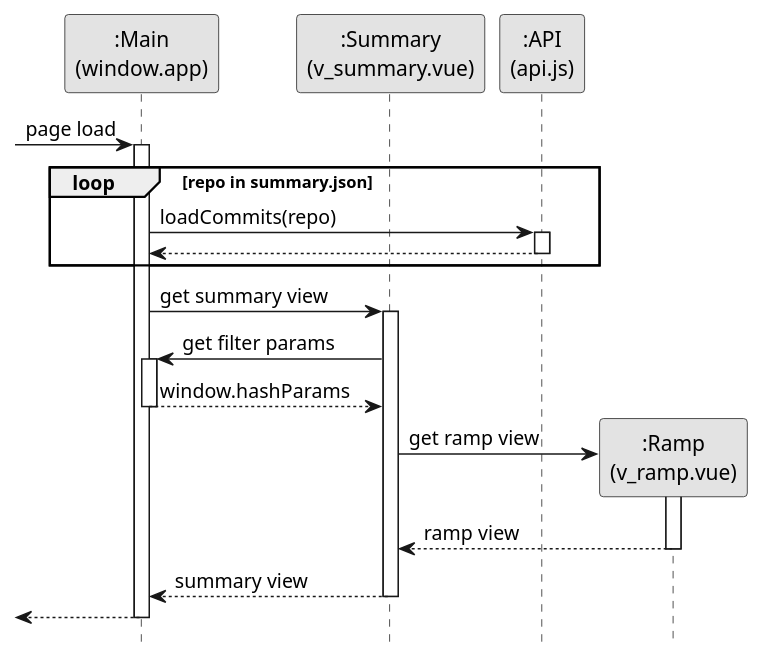
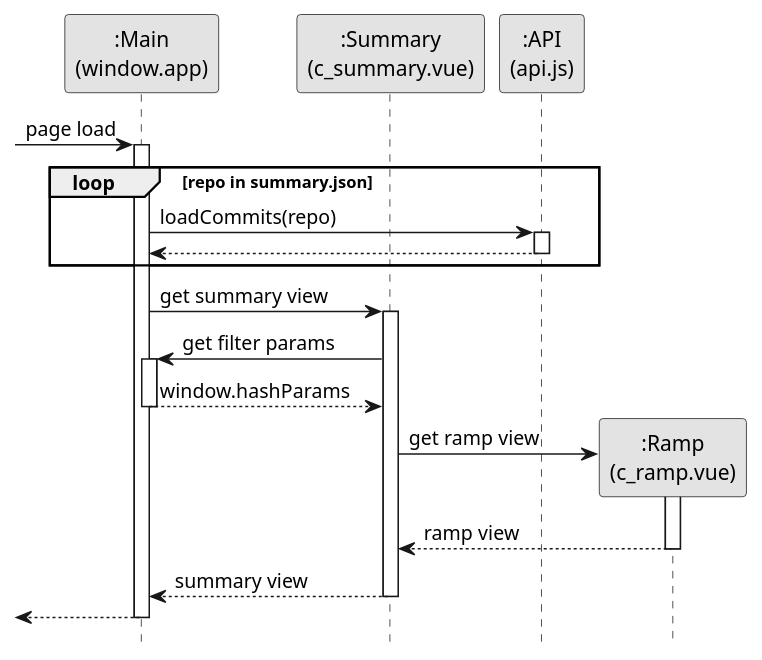
Before and after one commit to reposense/RepoSense: the diagram in docs/diagrams/ReportArchitectureSummary.puml, drawn with PlantUML. The commit also changed 3 other files, not shown here.

Commit message:
Update architecture diagrams

```diff
--- a/docs/diagrams/ReportArchitectureSummary.puml
+++ b/docs/diagrams/ReportArchitectureSummary.puml
@@ -1,45 +1,45 @@
 @startuml
 hide footbox
 skinparam monochrome true
 skinparam Shadowing false
 
 Participant ":Main\n(window.app)" as main
-Participant ":Summary\n(v_summary.vue)" as summary
+Participant ":Summary\n(c_summary.vue)" as summary
 Participant ":API\n(api.js)" as api
-Participant ":Ramp\n(v_ramp.vue)" as ramp
+Participant ":Ramp\n(c_ramp.vue)" as ramp
 
 -> main : page load
 activate main
 
 loop repo in summary.json
 
 main -> api : loadCommits(repo)
 activate api
 
 api --> main
 deactivate api
 
 end
 
 main -> summary : get summary view
 activate summary
 
 summary -> main : get filter params
 activate main
 
 main --> summary : window.hashParams
 deactivate main
 
 create ramp
 summary -> ramp : get ramp view
 activate ramp
 
 ramp --> summary : ramp view
 deactivate ramp
 
 summary --> main : summary view
 deactivate summary
 
 <-- main
 deactivate main
 @enduml
```
